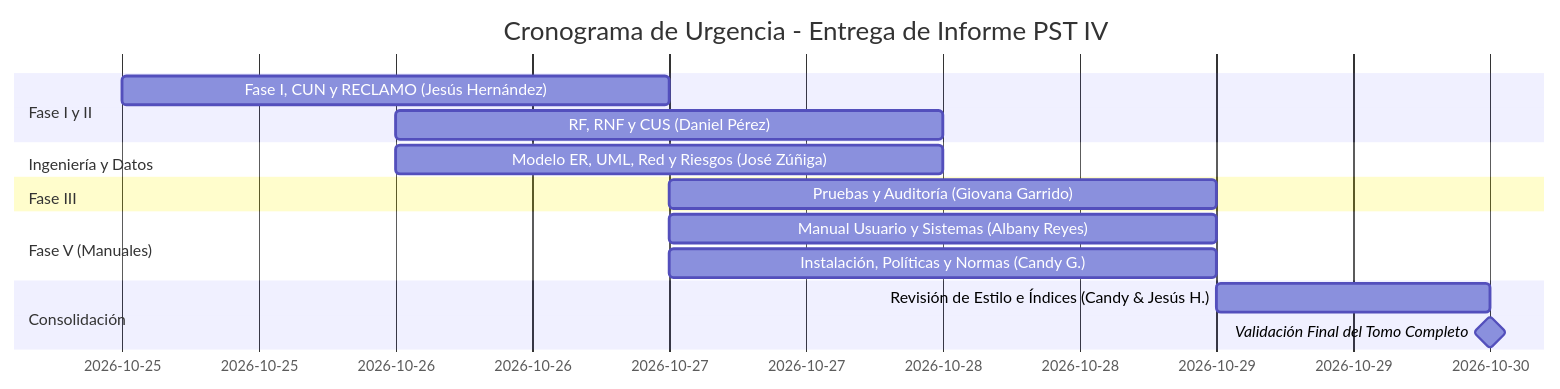
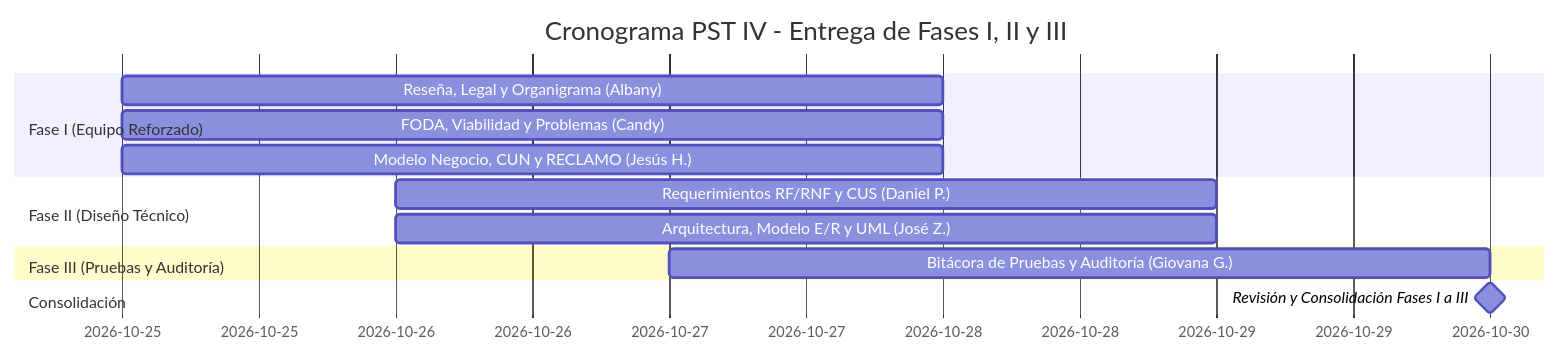
The diagram in docs/proyectos/pst-4-plan-de-trabajo.md (jesusalbujas/CONTROL-PST), drawn with Mermaid before and after one commit. The commit also changed other lines of this file, not shown here.

Commit message:
docs: restructure PST IV plan to focus on Fases I-III by Friday, reassign Albany to Fase I, and reinforce Fase I team

````diff
--- a/docs/proyectos/pst-4-plan-de-trabajo.md
+++ b/docs/proyectos/pst-4-plan-de-trabajo.md
@@ -103,18 +100,16 @@
 ```mermaid
 gantt
-    title Cronograma de Urgencia - Entrega de Informe PST IV
+    title Cronograma PST IV - Entrega de Fases I, II y III
     dateFormat  YYYY-MM-DD
-    section Fase I y II
-    Fase I, CUN y RECLAMO (Jesús Hernández)     :a1, 2026-10-25, 2026-10-27
-    RF, RNF y CUS (Daniel Pérez)                :a2, 2026-10-26, 2026-10-28
-    section Ingeniería y Datos
-    Modelo ER, UML, Red y Riesgos (José Zúñiga) :a3, 2026-10-26, 2026-10-28
-    section Fase III
-    Pruebas y Auditoría (Giovana Garrido)       :a4, 2026-10-27, 2026-10-29
-    section Fase V (Manuales)
-    Manual Usuario y Sistemas (Albany Reyes)    :a5, 2026-10-27, 2026-10-29
-    Instalación, Políticas y Normas (Candy G.)  :a6, 2026-10-27, 2026-10-29
+    section Fase I (Equipo Reforzado)
+    Reseña, Legal y Organigrama (Albany)         :a1, 2026-10-25, 2026-10-28
+    FODA, Viabilidad y Problemas (Candy)         :a2, 2026-10-25, 2026-10-28
+    Modelo Negocio, CUN y RECLAMO (Jesús H.)    :a3, 2026-10-25, 2026-10-28
+    section Fase II (Diseño Técnico)
+    Requerimientos RF/RNF y CUS (Daniel P.)      :a4, 2026-10-26, 2026-10-29
+    Arquitectura, Modelo E/R y UML (José Z.)     :a5, 2026-10-26, 2026-10-29
+    section Fase III (Pruebas y Auditoría)
+    Bitácora de Pruebas y Auditoría (Giovana G.) :a6, 2026-10-27, 2026-10-30
     section Consolidación
-    Revisión de Estilo e Índices (Candy & Jesús H.):a7, 2026-10-29, 2026-10-30
-    Validación Final del Tomo Completo          :milestone, 2026-10-30, 0d
+    Revisión y Consolidación Fases I a III      :milestone, 2026-10-30, 0d
 ```
````
